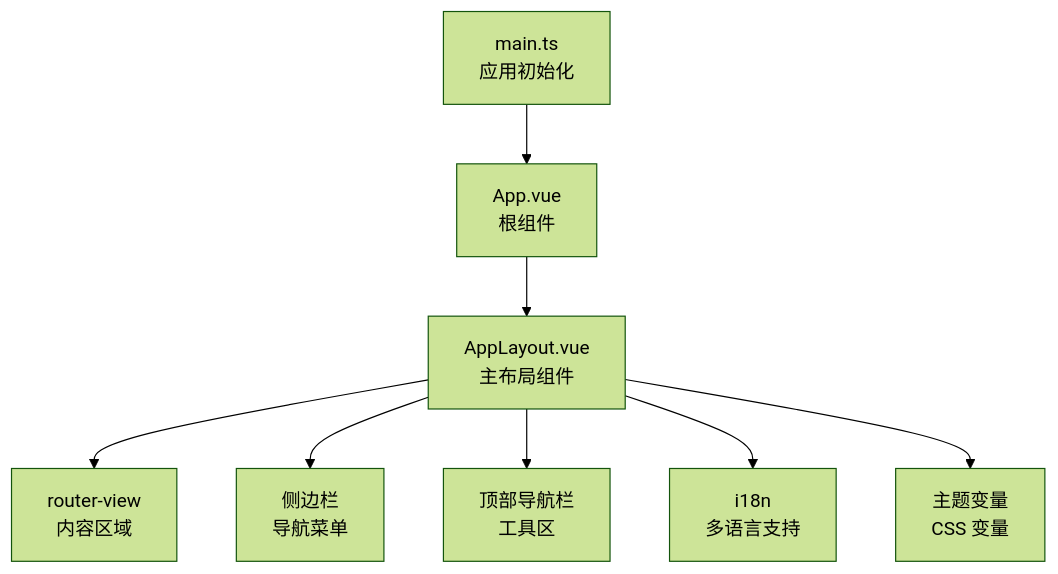
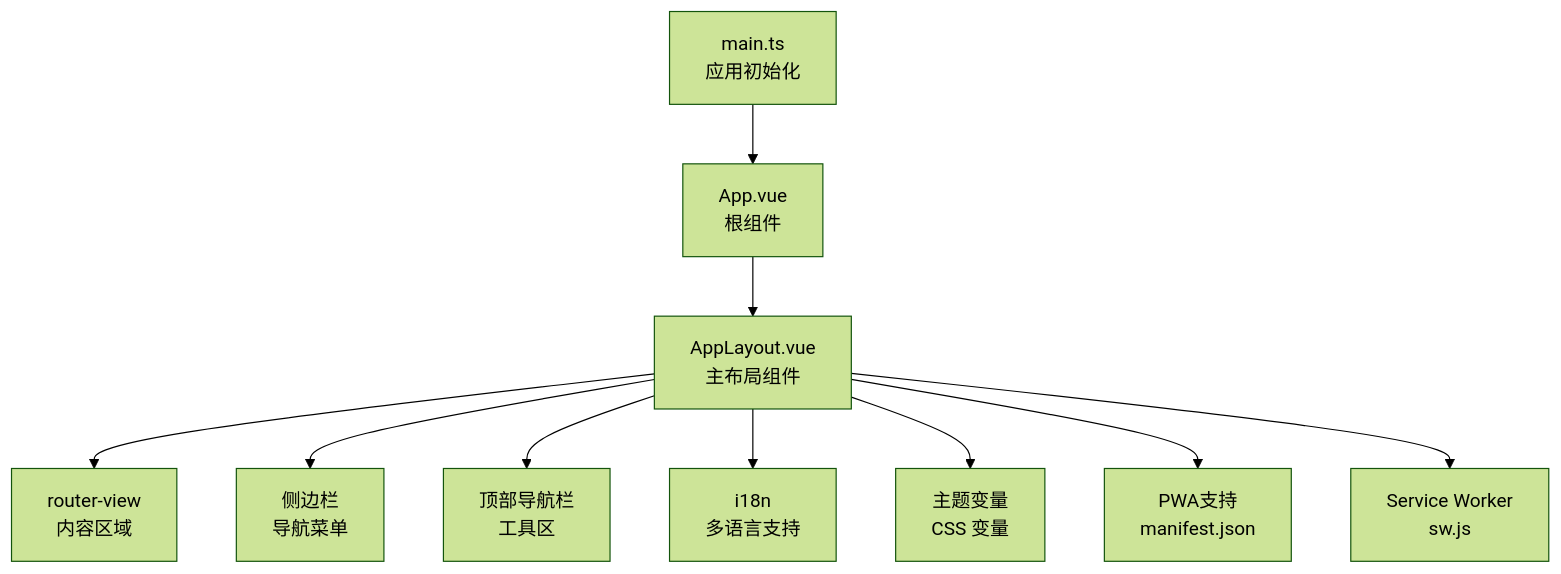
Before and after one commit to xufuyu/Lumen: the first of 7 diagrams in .qoder/repowiki/zh/content/前端开发/组件系统/布局组件.md, drawn with Mermaid (forest theme). The commit also changed other lines of this file and 43 other files, not shown here.

````diff
--- a/.qoder/repowiki/zh/content/前端开发/组件系统/布局组件.md
+++ b/.qoder/repowiki/zh/content/前端开发/组件系统/布局组件.md
@@ -33,10 +42,12 @@
 ```mermaid
 graph TB
 A["main.ts<br/>应用初始化"] --> B["App.vue<br/>根组件"]
 B --> C["AppLayout.vue<br/>主布局组件"]
 C --> D["router-view<br/>内容区域"]
 C --> E["侧边栏<br/>导航菜单"]
 C --> F["顶部导航栏<br/>工具区"]
 C --> G["i18n<br/>多语言支持"]
 C --> H["主题变量<br/>CSS 变量"]
+C --> I["PWA支持<br/>manifest.json"]
+C --> J["Service Worker<br/>sw.js"]
 ```
````
